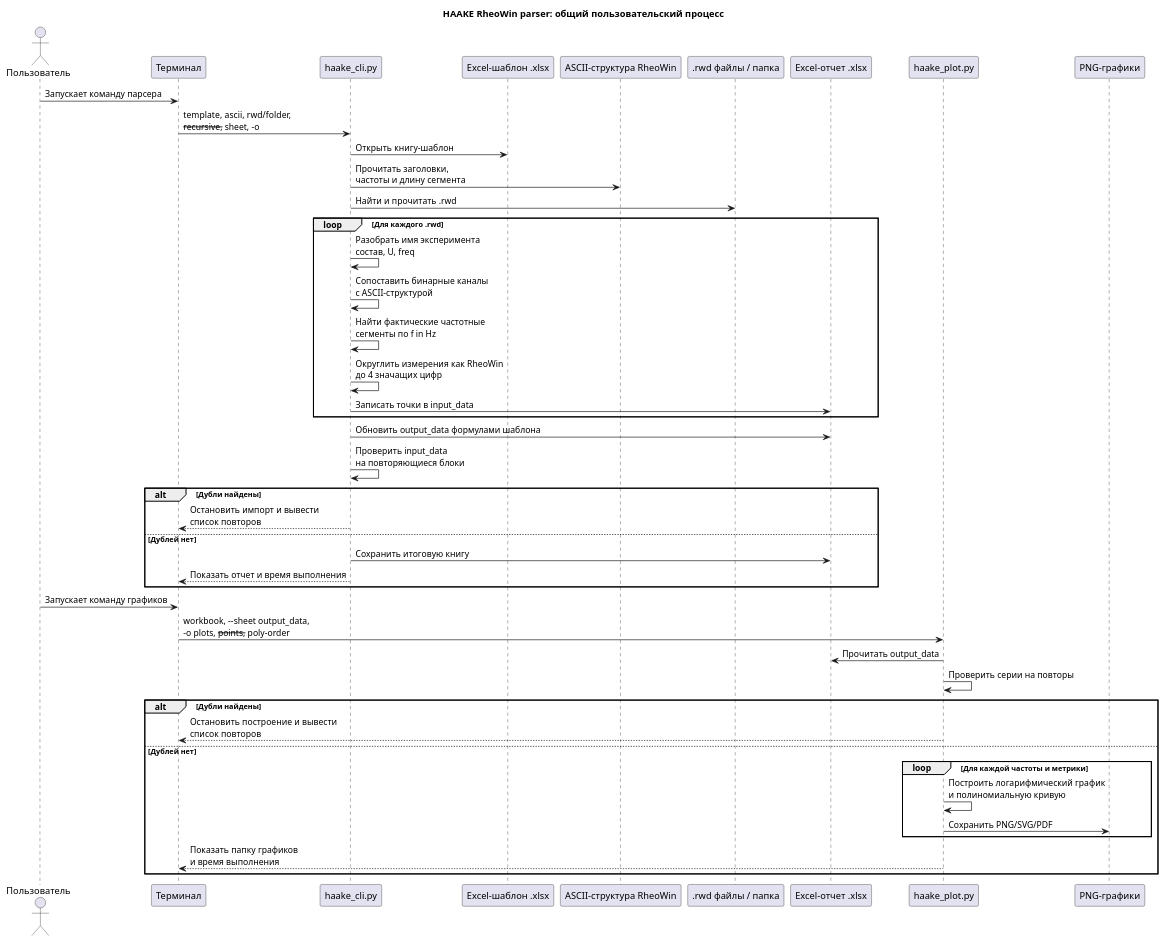
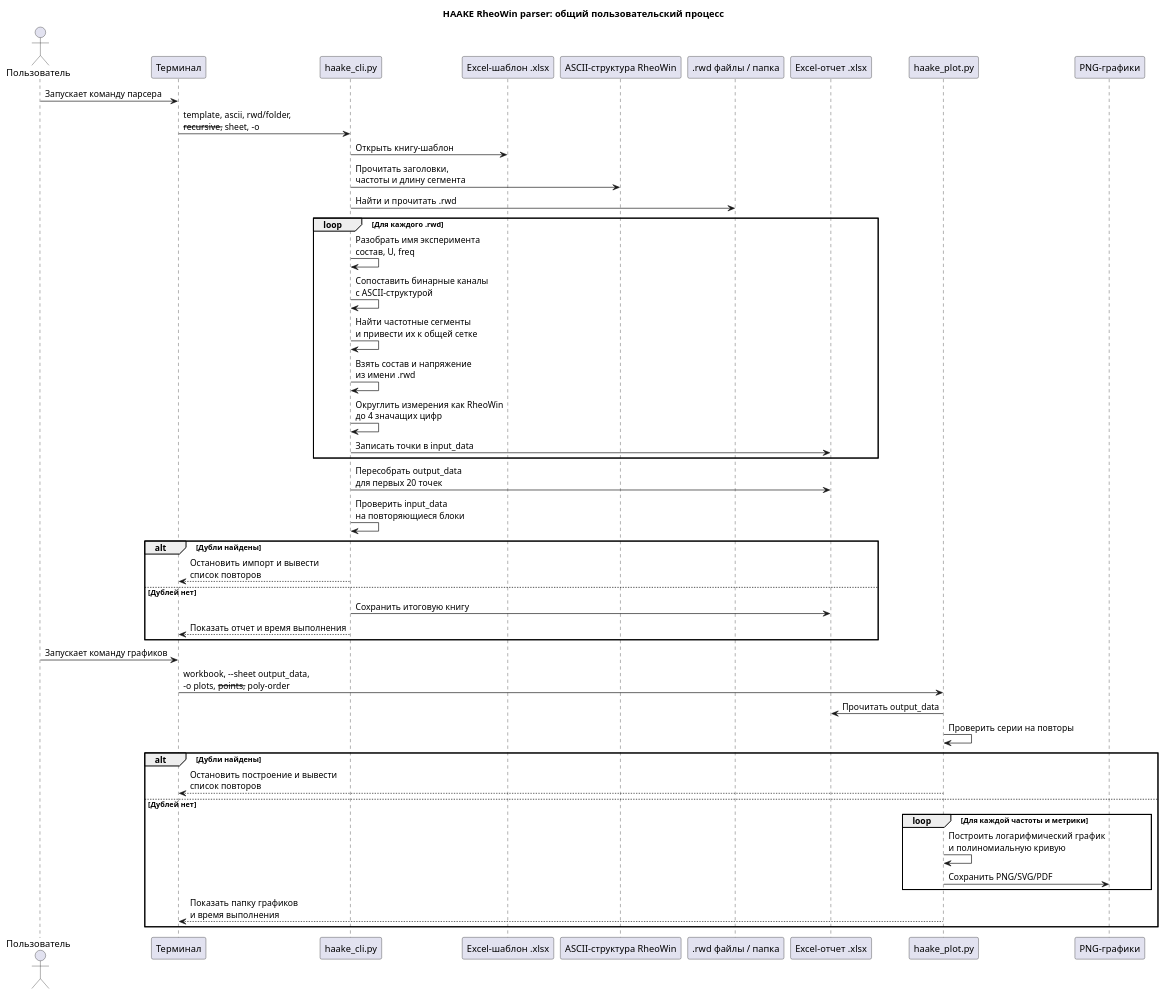
One commit to ArtemDzhaga/Dzhaga_rwd_parser_for_haake changed the diagram in docs/parser_usage_sequence.puml. Above: the diagram before and after it, drawn with PlantUML. The commit also changed 8 other files, not shown here.

```diff
--- a/docs/parser_usage_sequence.puml
+++ b/docs/parser_usage_sequence.puml
@@ -1,55 +1,56 @@
 @startuml
 title HAAKE RheoWin parser: общий пользовательский процесс
 
 actor "Пользователь" as User
 participant "Терминал" as Terminal
 participant "haake_cli.py" as ParserCli
 participant "Excel-шаблон .xlsx" as Template
 participant "ASCII-структура RheoWin" as Ascii
 participant ".rwd файлы / папка" as Rwd
 participant "Excel-отчет .xlsx" as Workbook
 participant "haake_plot.py" as PlotCli
 participant "PNG-графики" as Plots
 
 User -> Terminal: Запускает команду парсера
 Terminal -> ParserCli: template, ascii, rwd/folder,\n--recursive, --sheet, -o
 
 ParserCli -> Template: Открыть книгу-шаблон
 ParserCli -> Ascii: Прочитать заголовки,\nчастоты и длину сегмента
 ParserCli -> Rwd: Найти и прочитать .rwd
 
 loop Для каждого .rwd
   ParserCli -> ParserCli: Разобрать имя эксперимента\nсостав, U, freq
   ParserCli -> ParserCli: Сопоставить бинарные каналы\nс ASCII-структурой
-  ParserCli -> ParserCli: Найти фактические частотные\nсегменты по f in Hz
+  ParserCli -> ParserCli: Найти частотные сегменты\nи привести их к общей сетке
+  ParserCli -> ParserCli: Взять состав и напряжение\nиз имени .rwd
   ParserCli -> ParserCli: Округлить измерения как RheoWin\nдо 4 значащих цифр
   ParserCli -> Workbook: Записать точки в input_data
 end
 
-ParserCli -> Workbook: Обновить output_data формулами шаблона
+ParserCli -> Workbook: Пересобрать output_data\nдля первых 20 точек
 ParserCli -> ParserCli: Проверить input_data\nна повторяющиеся блоки
 
 alt Дубли найдены
   ParserCli --> Terminal: Остановить импорт и вывести\nсписок повторов
 else Дублей нет
   ParserCli -> Workbook: Сохранить итоговую книгу
   ParserCli --> Terminal: Показать отчет и время выполнения
 end
 
 User -> Terminal: Запускает команду графиков
 Terminal -> PlotCli: workbook, --sheet output_data,\n-o plots, --points, --poly-order
 
 PlotCli -> Workbook: Прочитать output_data
 PlotCli -> PlotCli: Проверить серии на повторы
 
 alt Дубли найдены
   PlotCli --> Terminal: Остановить построение и вывести\nсписок повторов
 else Дублей нет
   loop Для каждой частоты и метрики
     PlotCli -> PlotCli: Построить логарифмический график\nи полиномиальную кривую
     PlotCli -> Plots: Сохранить PNG/SVG/PDF
   end
   PlotCli --> Terminal: Показать папку графиков\nи время выполнения
 end
 
 @enduml
```
